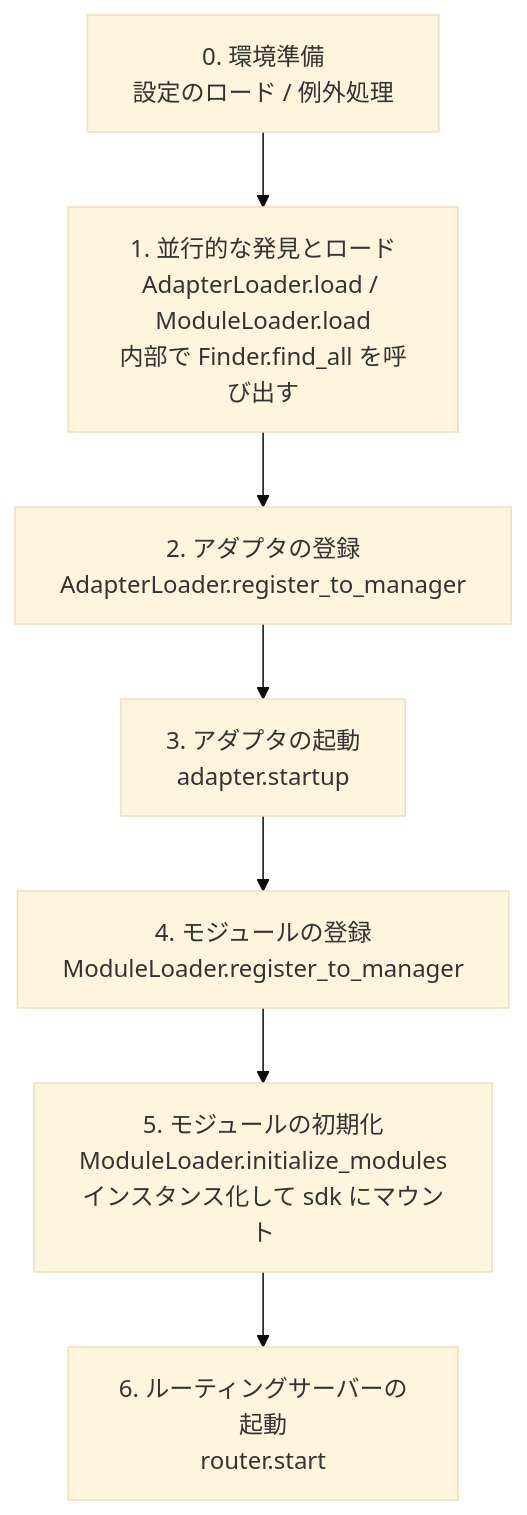
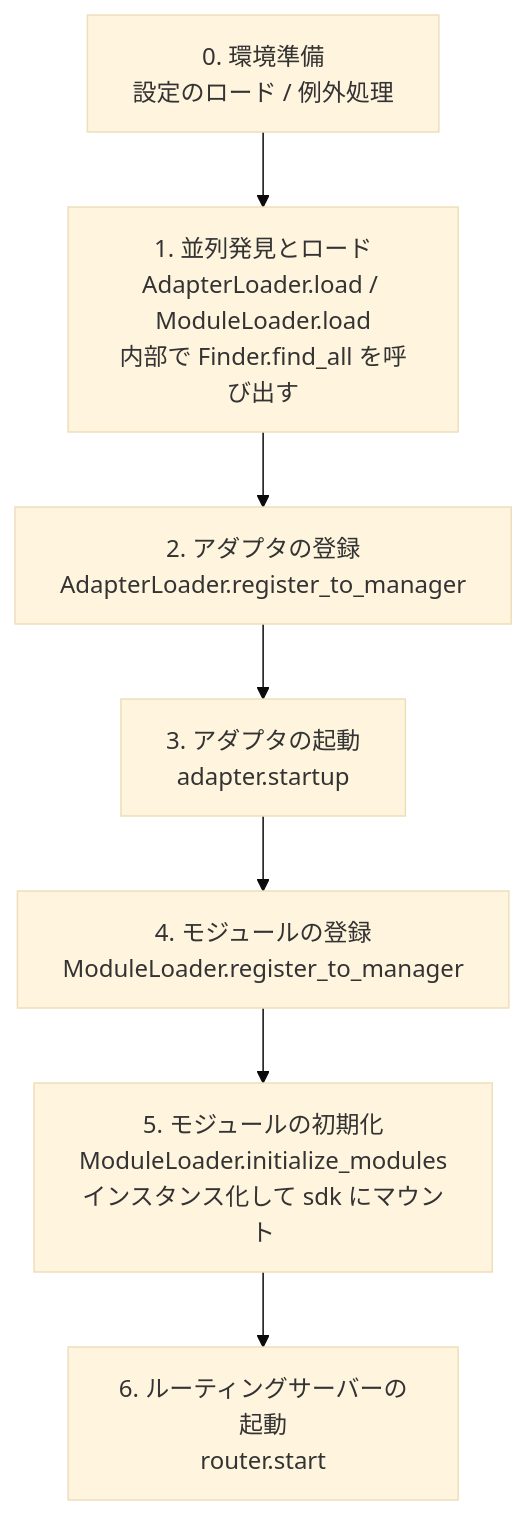
The diagram in docs/ja/advanced/startup.md (ErisPulse/ErisPulse), drawn with Mermaid (base theme) before and after one commit. The commit also changed other lines of this file and 215 other files, not shown here.

````diff
--- a/docs/ja/advanced/startup.md
+++ b/docs/ja/advanced/startup.md
@@ -27,10 +27,10 @@
 ```mermaid
 flowchart TD
     A[0. 環境準備<br/>設定のロード / 例外処理] --> B
-    B[1. 並行的な発見とロード<br/>AdapterLoader.load / ModuleLoader.load<br/>内部で Finder.find_all を呼び出す] --> C
+    B[1. 並列発見とロード<br/>AdapterLoader.load / ModuleLoader.load<br/>内部で Finder.find_all を呼び出す] --> C
     C[2. アダプタの登録<br/>AdapterLoader.register_to_manager] --> D
     D[3. アダプタの起動<br/>adapter.startup] --> E
     E[4. モジュールの登録<br/>ModuleLoader.register_to_manager] --> F
     F[5. モジュールの初期化<br/>ModuleLoader.initialize_modules<br/>インスタンス化して sdk にマウント] --> G
     G[6. ルーティングサーバーの起動<br/>router.start]
 ```
````
